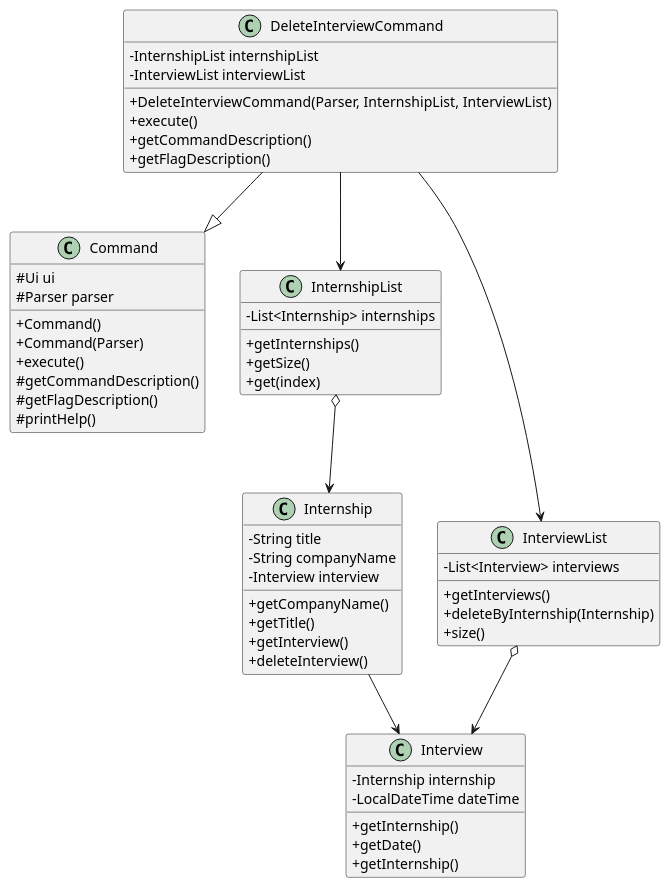
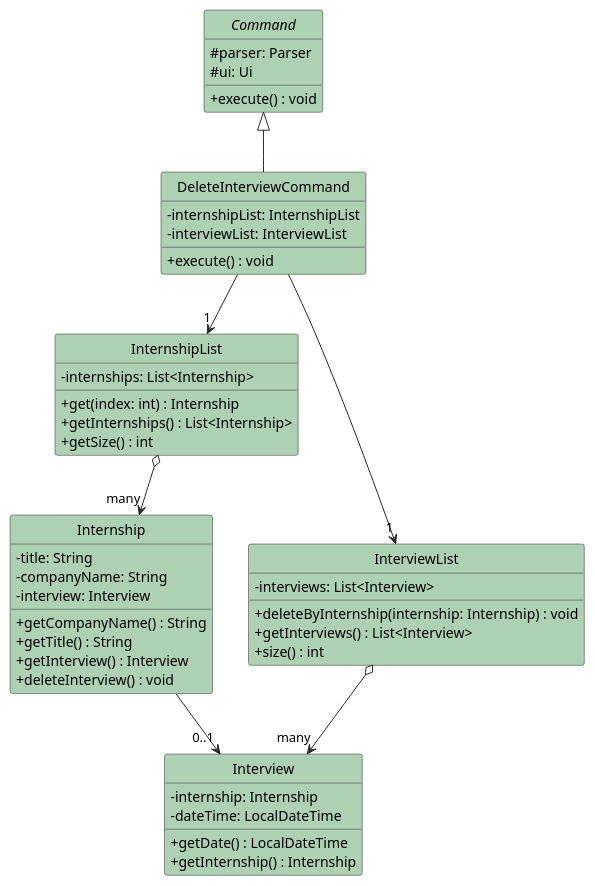
Before and after one commit to Yian123330/tp: the diagram in docs/diagrams/DeleteInterviewCommandClassDiagram.puml, drawn with PlantUML. The commit also changed 7 other files, not shown here.

Commit message:
Updated Class Diagram for List, delete, delete interview and search internship

```diff
--- a/docs/diagrams/DeleteInterviewCommandClassDiagram.puml
+++ b/docs/diagrams/DeleteInterviewCommandClassDiagram.puml
@@ -1,63 +1,59 @@
 @startuml
+hide circle
 skinparam classAttributeIconSize 0
-skinparam shadowing false
+skinparam class {
+    BackgroundColor #ADD1B2
+    ArrowColor #2A2A2A
+    BorderColor #2A2A2A
+}
+
+abstract class Command {
+  # parser: Parser
+  # ui: Ui
+  + execute() : void
+}
 
 class DeleteInterviewCommand {
-    - InternshipList internshipList
-    - InterviewList interviewList
-    + DeleteInterviewCommand(Parser, InternshipList, InterviewList)
-    + execute()
-    + getCommandDescription()
-    + getFlagDescription()
-}
-
-class Command {
-    # Ui ui
-    # Parser parser
-    + Command()
-    + Command(Parser)
-    + execute()
-    # getCommandDescription()
-    # getFlagDescription()
-    # printHelp()
+  - internshipList: InternshipList
+  - interviewList: InterviewList
+  + execute() : void
 }
 
 class InternshipList {
-    - List<Internship> internships
-    + getInternships()
-    + getSize()
-    + get(index)
+  - internships: List<Internship>
+  + get(index: int) : Internship
+  + getInternships() : List<Internship>
+  + getSize() : int
 }
 
 class InterviewList {
-    - List<Interview> interviews
-    + getInterviews()
-    + deleteByInternship(Internship)
-    + size()
+  - interviews: List<Interview>
+  + deleteByInternship(internship: Internship) : void
+  + getInterviews() : List<Interview>
+  + size() : int
 }
 
 class Internship {
-    - String title
-    - String companyName
-    - Interview interview
-    + getCompanyName()
-    + getTitle()
-    + getInterview()
-    + deleteInterview()
+  - title: String
+  - companyName: String
+  - interview: Interview
+  + getCompanyName() : String
+  + getTitle() : String
+  + getInterview() : Interview
+  + deleteInterview() : void
 }
 
 class Interview {
-    - Internship internship
-    - LocalDateTime dateTime
-    + getInternship()
-    + getDate()
-    + getInternship()
+  - internship: Internship
+  - dateTime: LocalDateTime
+  + getDate() : LocalDateTime
+  + getInternship() : Internship
 }
 
-DeleteInterviewCommand --|> Command
-DeleteInterviewCommand --> InternshipList
-DeleteInterviewCommand --> InterviewList
-InternshipList o--> Internship
-InterviewList o--> Interview
-Internship --> Interview
+Command <|-- DeleteInterviewCommand
+DeleteInterviewCommand --> "1" InternshipList
+DeleteInterviewCommand --> "1" InterviewList
+InternshipList o--> "many" Internship
+InterviewList o--> "many" Interview
+Internship --> "0..1" Interview
 @enduml
```
